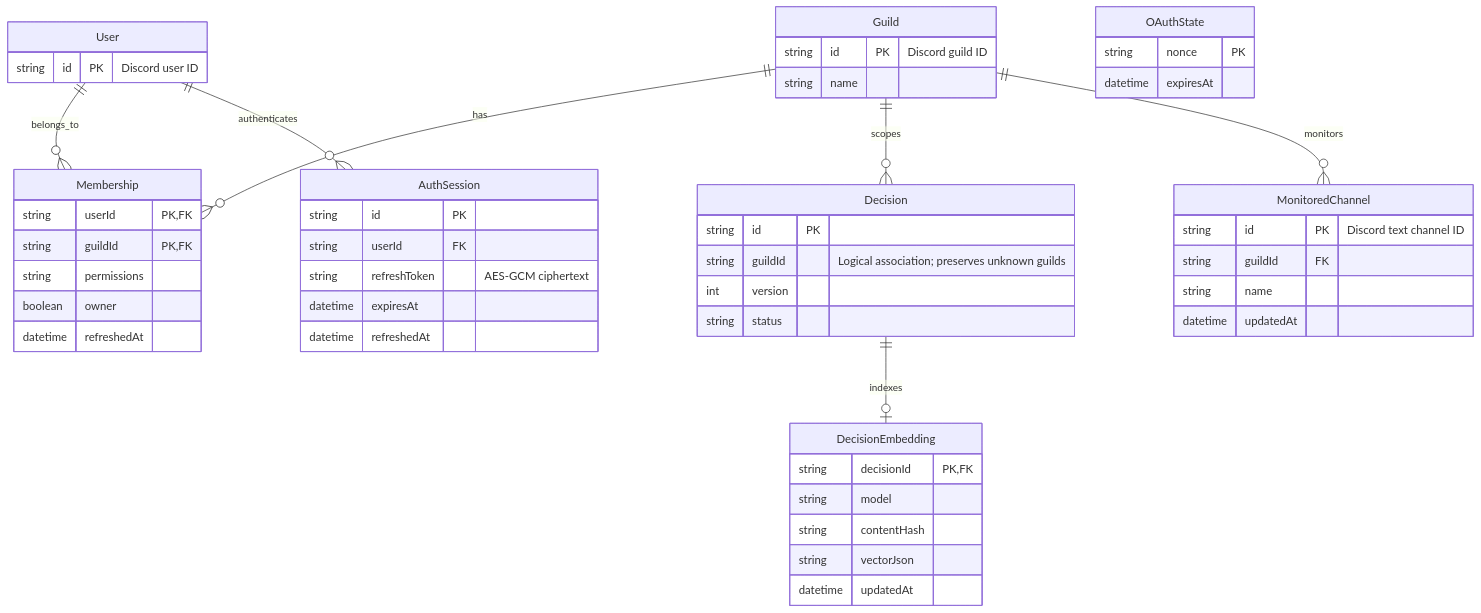
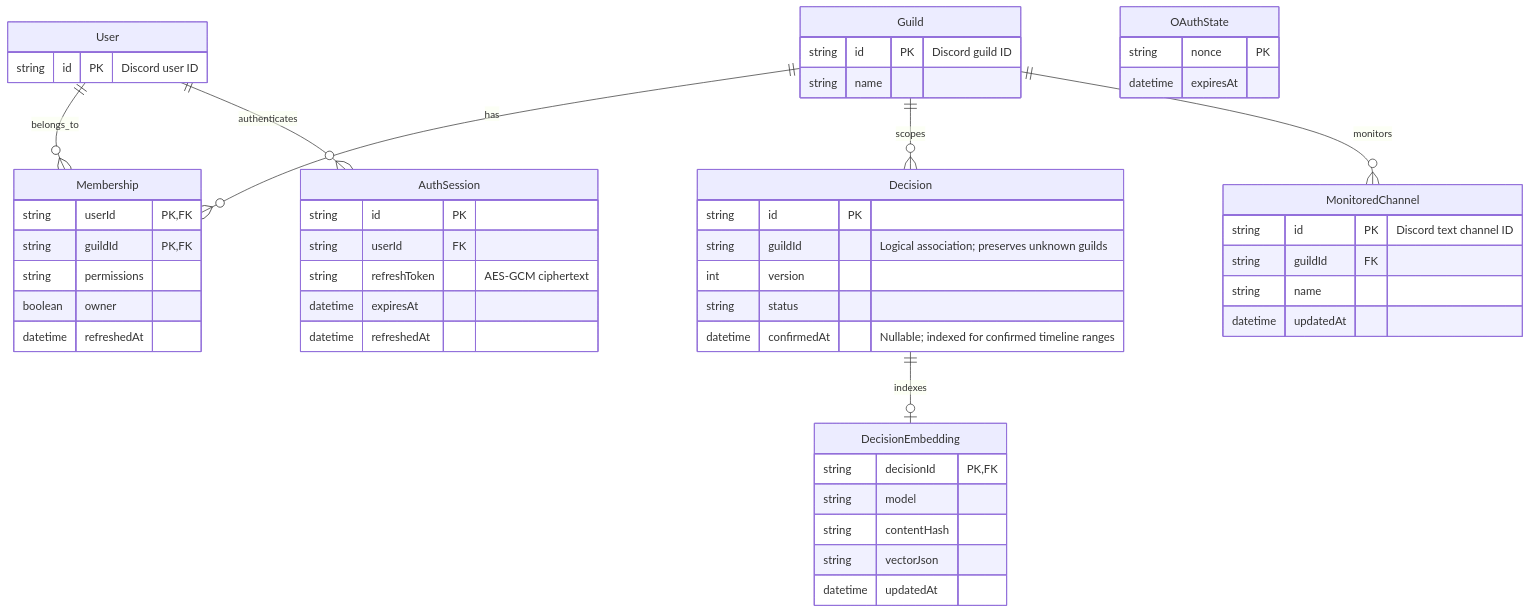
Before and after one commit to WooDDANG/ggadak: the diagram in docs/diagrams/v1-data-model.md, drawn with Mermaid. The commit also changed other lines of this file and 22 other files, not shown here.

Commit message:
feat(timeline): add confirmed decision timeline

````diff
--- a/docs/diagrams/v1-data-model.md
+++ b/docs/diagrams/v1-data-model.md
@@ -3,53 +3,54 @@
 ```mermaid
 erDiagram
   Decision ||--o| DecisionEmbedding : indexes
   DecisionEmbedding {
     string decisionId PK,FK
     string model
     string contentHash
     string vectorJson
     datetime updatedAt
   }
   User ||--o{ Membership : belongs_to
   Guild ||--o{ Membership : has
   User ||--o{ AuthSession : authenticates
   Guild ||--o{ Decision : scopes
   Guild ||--o{ MonitoredChannel : monitors
   MonitoredChannel {
     string id PK "Discord text channel ID"
     string guildId FK
     string name
     datetime updatedAt
   }
   User {
     string id PK "Discord user ID"
   }
   Guild {
     string id PK "Discord guild ID"
     string name
   }
   Membership {
     string userId PK,FK
     string guildId PK,FK
     string permissions
     boolean owner
     datetime refreshedAt
   }
   AuthSession {
     string id PK
     string userId FK
     string refreshToken "AES-GCM ciphertext"
     datetime expiresAt
     datetime refreshedAt
   }
   OAuthState {
     string nonce PK
     datetime expiresAt
   }
   Decision {
     string id PK
     string guildId "Logical association; preserves unknown guilds"
     int version
     string status
+    datetime confirmedAt "Nullable; indexed for confirmed timeline ranges"
   }
 ```
````
